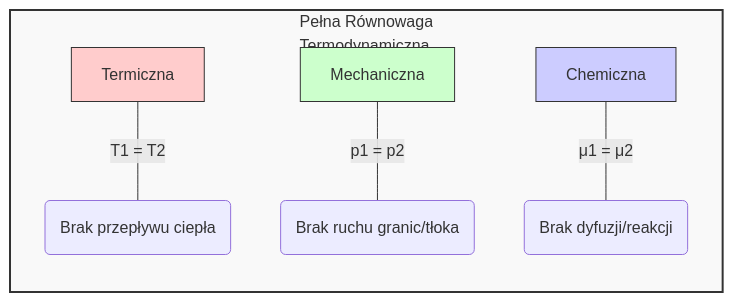
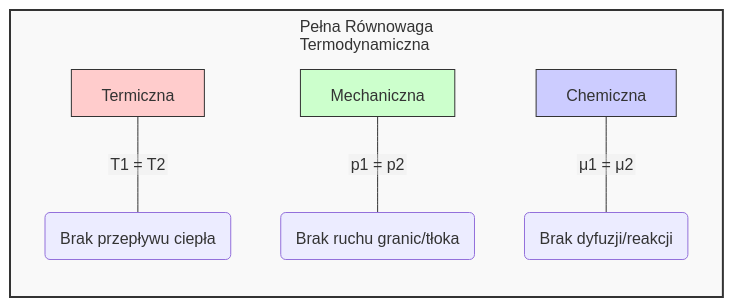
One commit to moondec/Termodynamika changed the diagram in Wyklady/01_Wprowadzenie.qmd. Above: the diagram before and after it, drawn with Mermaid. The commit also changed other lines of this file and 84 other files, not shown here.

First line of the commit message:
Wykłady: diagramy mermaid bez ucinania i dopasowane do slajdów

````diff
--- a/Wyklady/01_Wprowadzenie.qmd
+++ b/Wyklady/01_Wprowadzenie.qmd
@@ -456,18 +459,17 @@
 ```{mermaid}
 %%| fig-align: center
-%%| fig-width: 8
-%%| fig-height: 3
+%%{init: {'theme': 'default', 'htmlLabels': false, 'flowchart': {'htmlLabels': false, 'wrappingWidth': 400, 'subGraphTitleMargin': {'top': 6, 'bottom': 16}}, 'themeVariables': {'fontSize': '16px', 'fontFamily': 'Arial, Helvetica, sans-serif'}}}%%
 flowchart LR
     subgraph Rownowaga [Pełna Równowaga<br>Termodynamiczna]
         direction TB
         
         T[Termiczna] ---|T1 = T2| A(Brak przepływu ciepła)
         M[Mechaniczna] ---|p1 = p2| B(Brak ruchu granic/tłoka)
         C[Chemiczna] ---|μ1 = μ2| D(Brak dyfuzji/reakcji)
     end
     
     style Rownowaga fill:#f9f9f9,stroke:#333,stroke-width:2px
     style T fill:#ffcccc,stroke:#333
     style M fill:#ccffcc,stroke:#333
     style C fill:#ccccff,stroke:#333
 ```
````
